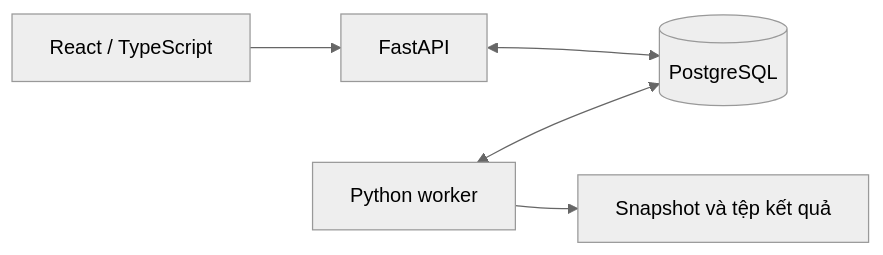
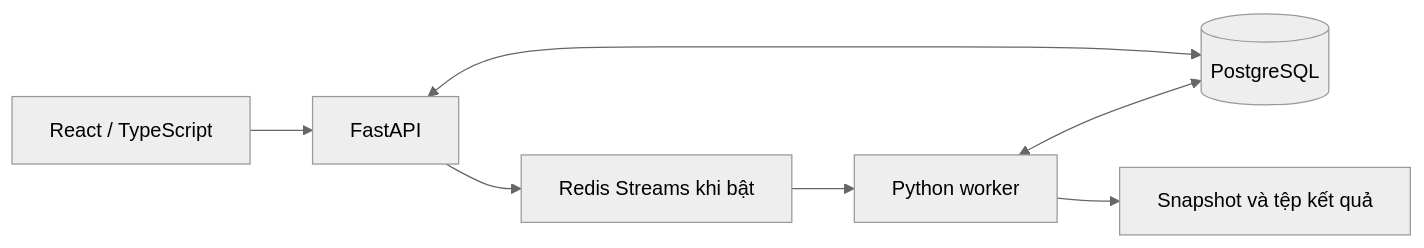
The diagram in README.md (khanhnguyenpham/Sigma), drawn with Mermaid (neutral theme) before and after one commit. The commit also changed other lines of this file and 9 other files, not shown here.

````diff
--- a/README.md
+++ b/README.md
@@ -76,7 +76,9 @@
 ```mermaid
 flowchart LR
     FE[React / TypeScript] --> API[FastAPI]
     API <--> DB[(PostgreSQL)]
-    Worker[Python worker] <--> DB
+    API --> Queue[Redis Streams khi bật]
+    Queue --> Worker[Python worker]
+    Worker <--> DB
     Worker --> Files[Snapshot và tệp kết quả]
 ```
````
